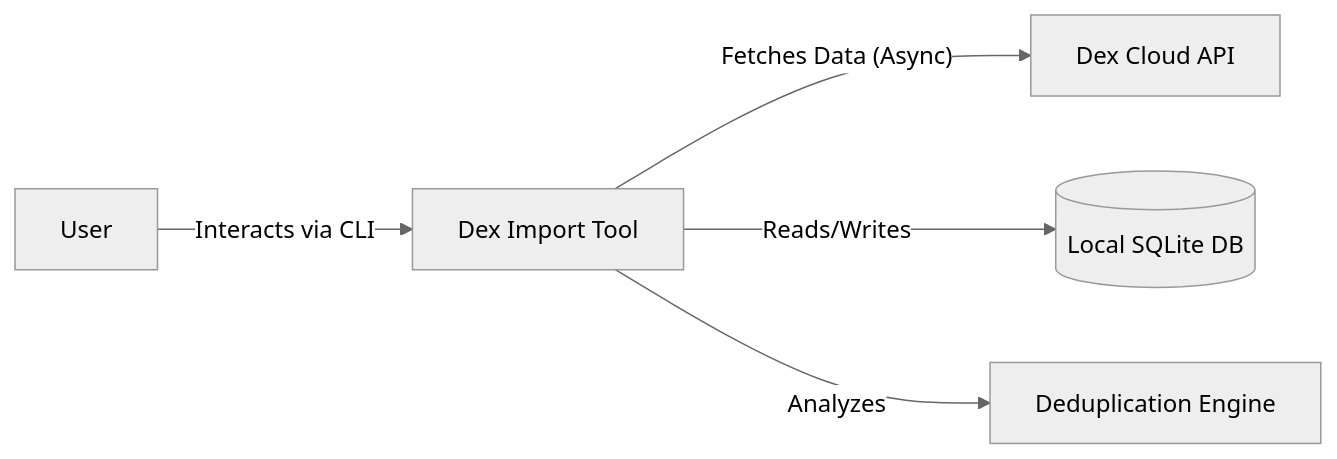
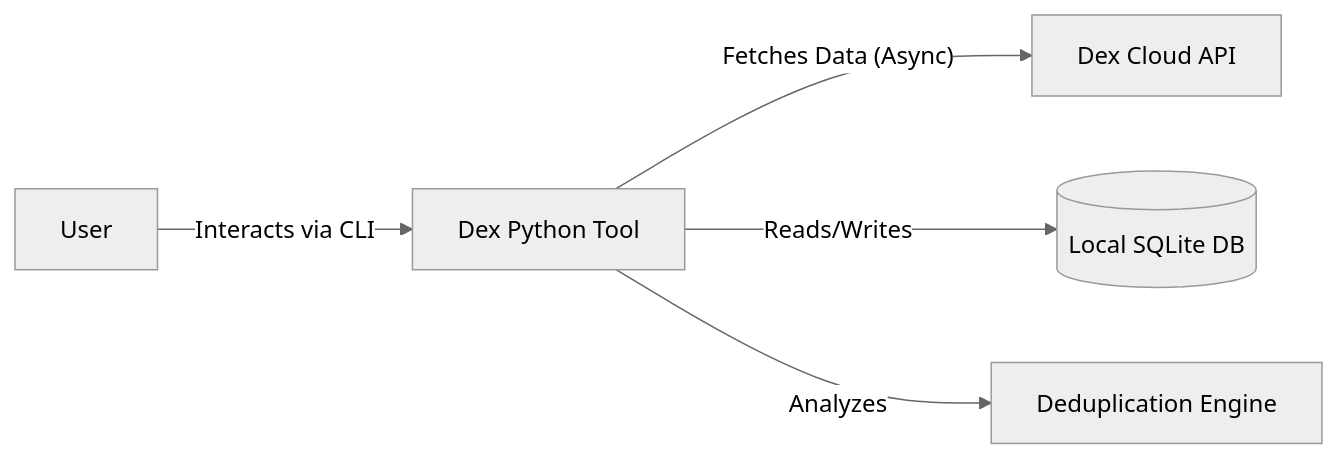
One commit to domfahey/dex-python changed the first of 2 diagrams in docs/architecture.md. Above: the diagram before and after it, drawn with Mermaid (neutral theme). The commit also changed other lines of this file and 4 other files, not shown here.

First line of the commit message:
docs: update all references from Dex Import to Dex Python

````diff
--- a/docs/architecture.md
+++ b/docs/architecture.md
@@ -17,7 +17,7 @@
 ```mermaid
 graph LR
-    User[User] -- "Interacts via CLI" --> CLI[Dex Import Tool]
+    User[User] -- "Interacts via CLI" --> CLI[Dex Python Tool]
     CLI -- "Fetches Data (Async)" --> DexAPI[Dex Cloud API]
     CLI -- "Reads/Writes" --> LocalDB[(Local SQLite DB)]
     CLI -- "Analyzes" --> Dedupe[Deduplication Engine]
 ```
````
